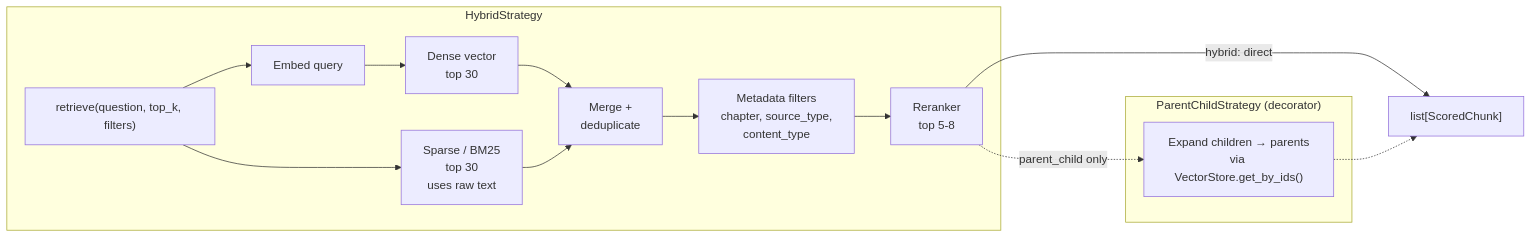
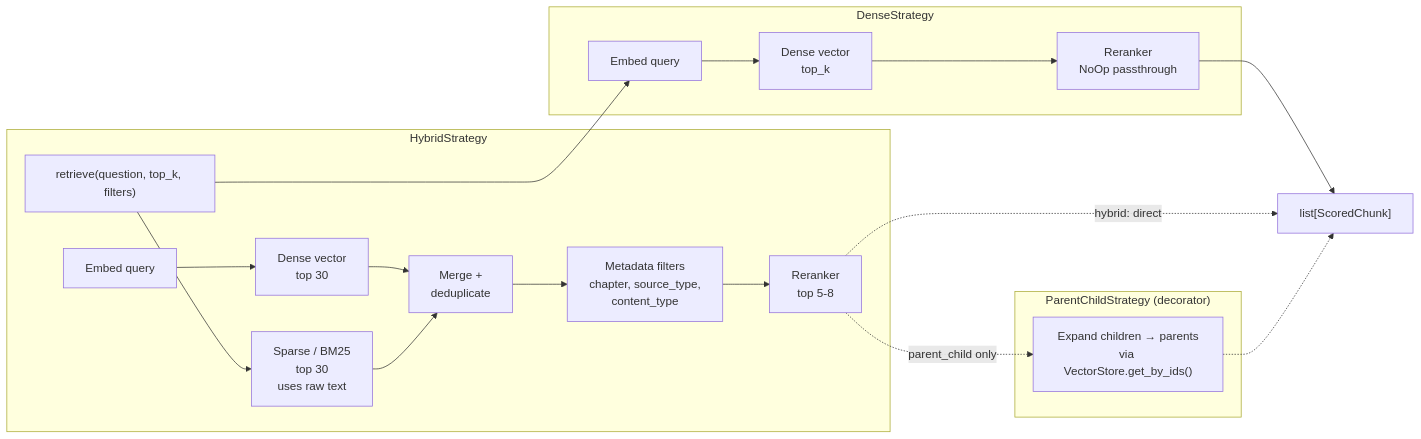
Before and after one commit to biplovbhandari/earthrise-book-assistant: the second of 6 diagrams in system-design/architecture_contracts.md, drawn with Mermaid. The commit also changed other lines of this file and 1 other file, not shown here.

Commit message:
Docs: sync architecture docs with dense retrieval implementation

````diff
--- a/system-design/architecture_contracts.md
+++ b/system-design/architecture_contracts.md
@@ -49,29 +49,38 @@
 ```mermaid
 graph LR
   Q["retrieve(question, top_k, filters)"]
+
+  subgraph DenseStrategy
+    D_Embed[Embed query]
+    D_Dense[Dense vector<br>top_k]
+    D_Rerank[Reranker<br>NoOp passthrough]
+
+    D_Embed --> D_Dense --> D_Rerank
+  end
 
   subgraph HybridStrategy
     Embed[Embed query]
     Dense[Dense vector<br>top 30]
     Sparse[Sparse / BM25<br>top 30<br>uses raw text]
     Merge[Merge +<br>deduplicate]
     Filter[Metadata filters<br>chapter, source_type,<br>content_type]
     Rerank[Reranker<br>top 5-8]
 
     Embed --> Dense
     Q --> Sparse
     Dense --> Merge
     Sparse --> Merge
     Merge --> Filter
     Filter --> Rerank
   end
 
   subgraph "ParentChildStrategy (decorator)"
     Expand["Expand children → parents<br>via VectorStore.get_by_ids()"]
   end
 
-  Q --> Embed
-  Rerank -->|"hybrid: direct"| Out["list[ScoredChunk]"]
+  Q --> D_Embed
+  D_Rerank --> Out["list[ScoredChunk]"]
+  Rerank -.->|"hybrid: direct"| Out
   Rerank -.->|"parent_child only"| Expand
   Expand -.-> Out
 ```
````
